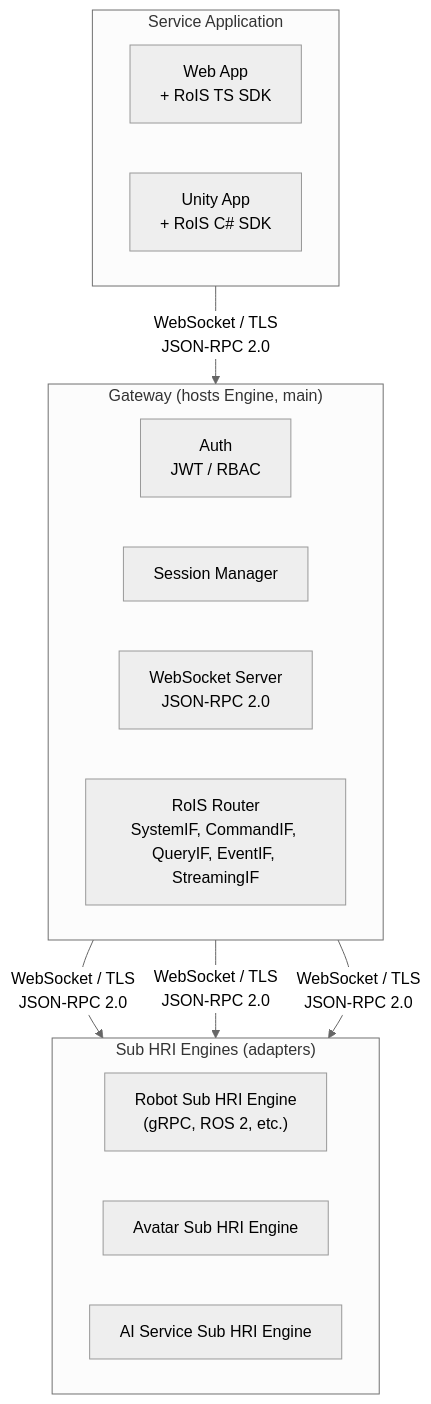
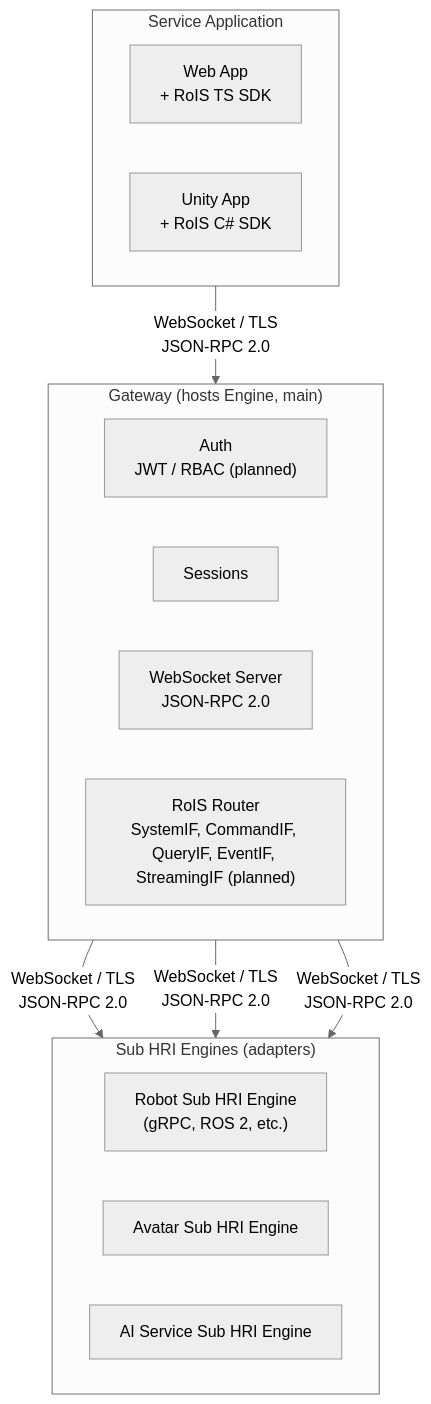
One commit to openrois/openrois changed the first of 5 diagrams in docs/architecture.md. Above: the diagram before and after it, drawn with Mermaid (neutral theme). The commit also changed other lines of this file and 167 other files, not shown here.

````diff
--- a/docs/architecture.md
+++ b/docs/architecture.md
@@ -185,28 +186,28 @@
 ```mermaid
 flowchart TB
     subgraph L1["Service Application"]
         direction LR
         WebApp["Web App<br/>+ RoIS TS SDK"]
         UnityApp["Unity App<br/>+ RoIS C# SDK"]
     end
 
     subgraph L2["Gateway (hosts Engine, main)"]
         direction LR
-        Auth["Auth<br/>JWT / RBAC"]
-        Session["Session Manager"]
+        Auth["Auth<br/>JWT / RBAC (planned)"]
+        Session["Sessions"]
         WSServer["WebSocket Server<br/>JSON-RPC 2.0"]
-        Router["RoIS Router<br/>SystemIF, CommandIF, QueryIF, EventIF, StreamingIF"]
+        Router["RoIS Router<br/>SystemIF, CommandIF, QueryIF, EventIF, StreamingIF (planned)"]
     end
 
     subgraph L3["Sub HRI Engines (adapters)"]
         direction LR
         RobotSubEngine["Robot Sub HRI Engine<br/>(gRPC, ROS 2, etc.)"]
         AvatarSubEngine["Avatar Sub HRI Engine"]
         ServiceSubEngine["AI Service Sub HRI Engine"]
     end
 
     L1 -->|"WebSocket / TLS<br/>JSON-RPC 2.0"| L2
     L2 -->|"WebSocket / TLS<br/>JSON-RPC 2.0"| RobotSubEngine
     L2 -->|"WebSocket / TLS<br/>JSON-RPC 2.0"| AvatarSubEngine
     L2 -->|"WebSocket / TLS<br/>JSON-RPC 2.0"| ServiceSubEngine
 ```
````
